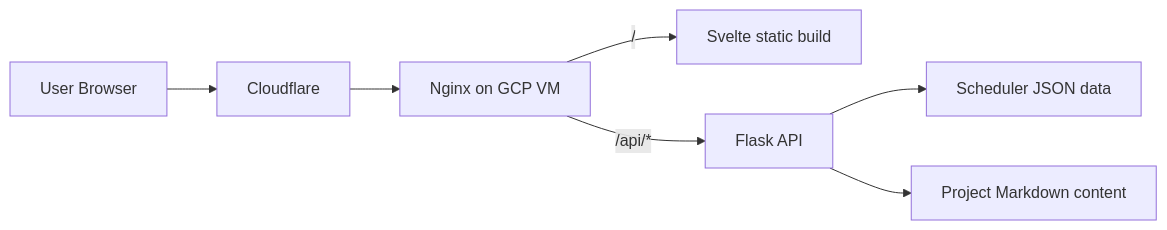
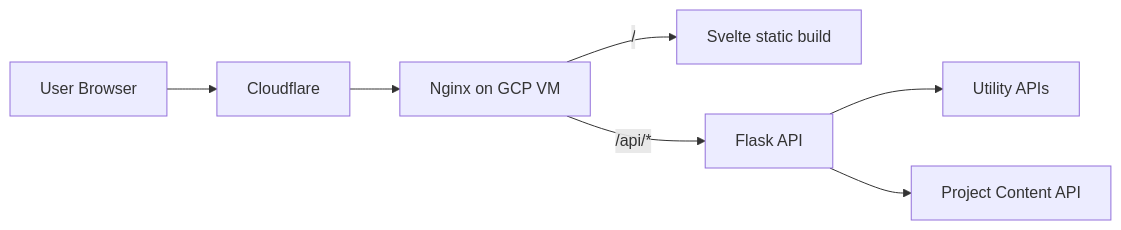
One commit to DefiantBurger/Website changed the diagram in backend/app/content/projects/personal-website-platform.md. Above: the diagram before and after it, drawn with Mermaid. The commit also changed other lines of this file and 20 other files, not shown here.

````diff
--- a/backend/app/content/projects/personal-website-platform.md
+++ b/backend/app/content/projects/personal-website-platform.md
@@ -61,9 +60,9 @@
 ```mermaid
 flowchart LR
     U[User Browser] --> CF[Cloudflare]
     CF --> NX[Nginx on GCP VM]
     NX -->|/| FE[Svelte static build]
     NX -->|/api/*| BE[Flask API]
-    BE --> SD[Scheduler JSON data]
-    BE --> PC[Project Markdown content]
+    BE --> UT[Utility APIs]
+    BE --> PC[Project Content API]
 ```
````
